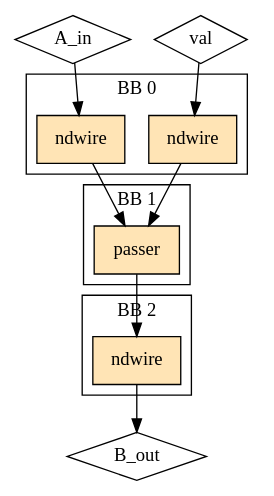
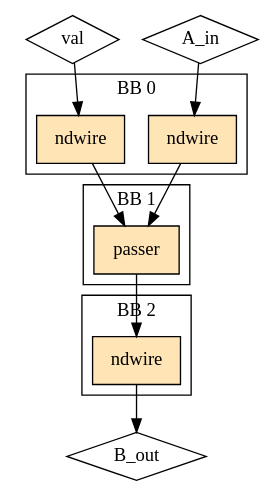
Before and after one commit to EPFL-LAP/dynamatic: the diagram in experimental/tools/elastic-miter/out/introduceIdentInterpolator/lhs_reachability/model.dot, drawn with Graphviz. The commit also changed 939 other files, not shown here.

```diff
--- a/experimental/tools/elastic-miter/out/introduceIdentInterpolator/lhs_reachability/model.dot
+++ b/experimental/tools/elastic-miter/out/introduceIdentInterpolator/lhs_reachability/model.dot
@@ -1,26 +1,26 @@
 Digraph G {
   splines=spline
   compound=true
+  "val" ["style"="solid", "shape"="diamond", "label"="val", "mlir_op"="handshake.func"]
   "A_in" ["style"="solid", "shape"="diamond", "label"="A_in", "mlir_op"="handshake.func"]
-  "val" ["style"="solid", "shape"="diamond", "label"="val", "mlir_op"="handshake.func"]
   "B_out" ["style"="solid", "shape"="diamond", "label"="B_out", "mlir_op"="handshake.func"]
-  "A_in" -> "ndw_in_A_in" ["dir"="both", "style"="solid", "arrowhead"="normal", "from_idx"="0", "to"="ins", "arrowtail"="none", "from"="A_in", "to_idx"="0"]
-  "val" -> "ndw_in_val" ["dir"="both", "style"="solid", "arrowhead"="normal", "from_idx"="1", "to"="ins", "arrowtail"="none", "from"="val", "to_idx"="0"]
+  "val" -> "ndw_in_val" ["dir"="both", "style"="solid", "arrowhead"="normal", "from_idx"="0", "to"="ins", "arrowtail"="none", "from"="val", "to_idx"="0"]
+  "A_in" -> "ndw_in_A_in" ["dir"="both", "style"="solid", "arrowhead"="normal", "from_idx"="1", "to"="ins", "arrowtail"="none", "from"="A_in", "to_idx"="0"]
+  "ndw_in_val" -> "passer" ["dir"="both", "style"="solid", "arrowhead"="normal", "from_idx"="0", "to"="ctrl", "arrowtail"="none", "from"="outs", "to_idx"="1"]
   "ndw_in_A_in" -> "passer" ["dir"="both", "style"="solid", "arrowhead"="normal", "from_idx"="0", "to"="data", "arrowtail"="none", "from"="outs", "to_idx"="0"]
-  "ndw_in_val" -> "passer" ["dir"="both", "style"="solid", "arrowhead"="normal", "from_idx"="0", "to"="ctrl", "arrowtail"="none", "from"="outs", "to_idx"="1"]
   "ndw_out_B_out" -> "B_out" ["dir"="both", "style"="solid", "arrowhead"="normal", "from_idx"="0", "to"="B_out", "arrowtail"="none", "from"="outs", "to_idx"="0"]
   "passer" -> "ndw_out_B_out" ["dir"="both", "style"="solid", "arrowhead"="normal", "from_idx"="0", "to"="ins", "arrowtail"="none", "from"="result", "to_idx"="0"]
   subgraph cluster0 {
     graph ["label"="BB 0"]
+    "ndw_in_val" ["style"="filled", "fillcolor"="moccasin", "shape"="box", "label"="ndwire", "mlir_op"="handshake.ndwire"]
     "ndw_in_A_in" ["style"="filled", "fillcolor"="moccasin", "shape"="box", "label"="ndwire", "mlir_op"="handshake.ndwire"]
-    "ndw_in_val" ["style"="filled", "fillcolor"="moccasin", "shape"="box", "label"="ndwire", "mlir_op"="handshake.ndwire"]
   }
   subgraph cluster2 {
     graph ["label"="BB 2"]
     "ndw_out_B_out" ["style"="filled", "fillcolor"="moccasin", "shape"="box", "label"="ndwire", "mlir_op"="handshake.ndwire"]
   }
   subgraph cluster1 {
     graph ["label"="BB 1"]
     "passer" ["style"="filled", "fillcolor"="moccasin", "shape"="box", "label"="passer", "mlir_op"="handshake.passer"]
   }
 }
```
